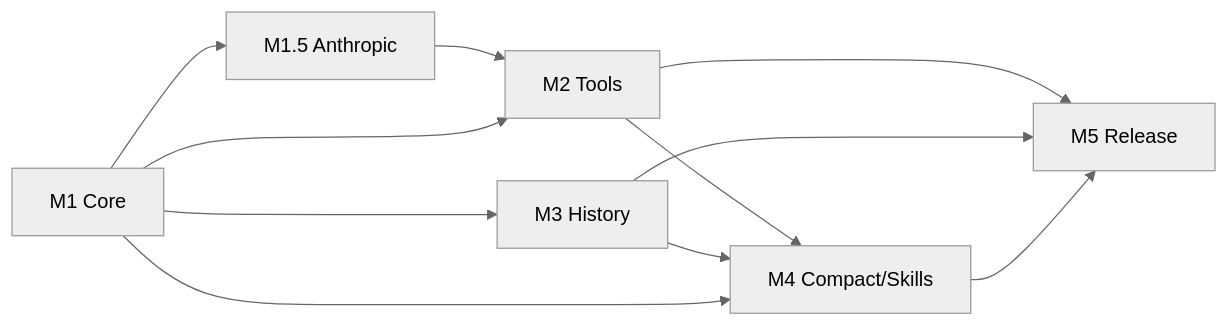
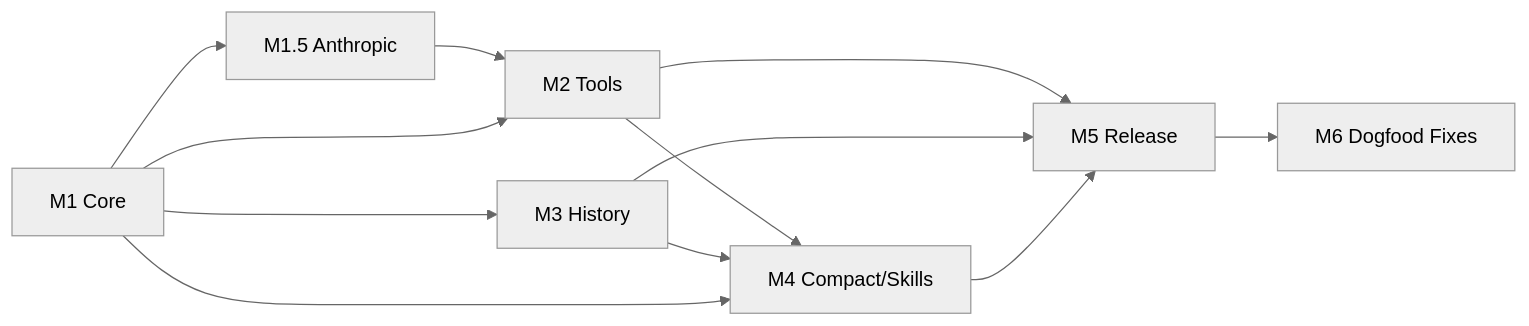
Before and after one commit to ChanlerDev/Scorel: the diagram in docs/milestones.md, drawn with Mermaid (neutral theme). The commit also changed other lines of this file and 4 other files, not shown here.

````diff
--- a/docs/milestones.md
+++ b/docs/milestones.md
@@ -84,13 +98,14 @@
 ```mermaid
 graph LR
     M1[M1 Core] --> M1.5[M1.5 Anthropic]
     M1 --> M3[M3 History]
     M1.5 --> M2[M2 Tools]
     M1 --> M2
     M2 --> M4[M4 Compact/Skills]
     M3 --> M4
     M1 --> M4
     M2 --> M5[M5 Release]
     M3 --> M5
     M4 --> M5
+    M5 --> M6[M6 Dogfood Fixes]
 ```
````
